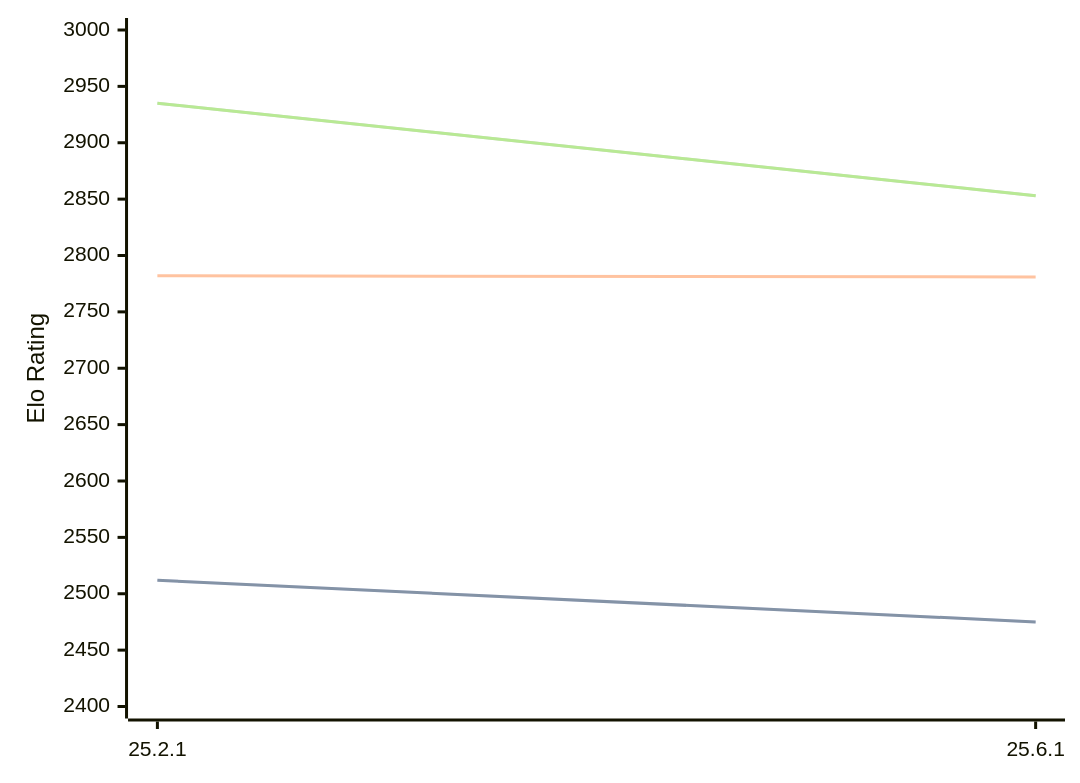
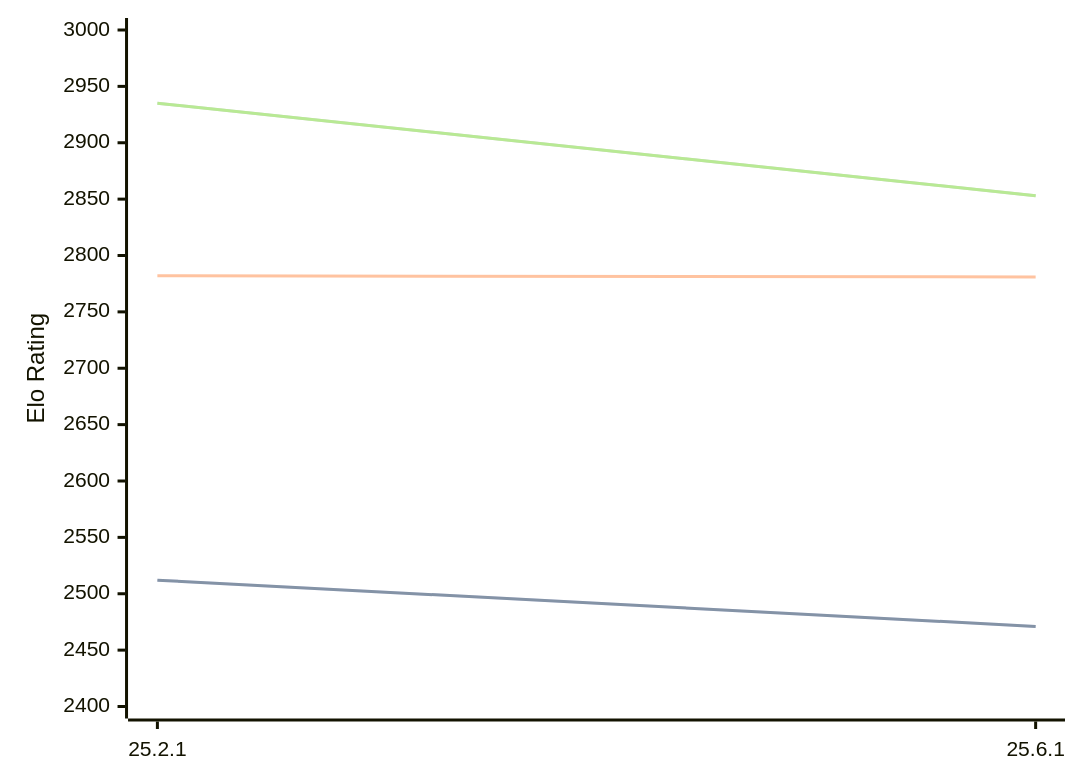
The diagram in engines/Crafty.md (computer-chess-index/cci), drawn with Mermaid before and after one commit. The commit also changed other lines of this file, not shown here.

````diff
--- a/engines/Crafty.md
+++ b/engines/Crafty.md
@@ -32,11 +32,11 @@
 ```mermaid
 %%{init: {"theme":"base","themeVariables":{"seriesColors:['#a3a3a3','#222221','#faa371']}}}%%
 xychart-beta
   x-axis ["25.2.1", "25.6.1"]
   y-axis "Elo Rating" 2400 --> 3000
-  line "" [2512, 2475]
-  line "STC (8.0+0.08s)" [2512, 2475]
+  line "" [2512, 2471]
+  line "STC (8.0+0.08s)" [2512, 2471]
   line "LTC (60.0+0.60s)" [2782, 2781]
   line "" [2935, 2853]
   line "VLTC (2m24s+1.12s)" [2935, 2853]
 ```
````
